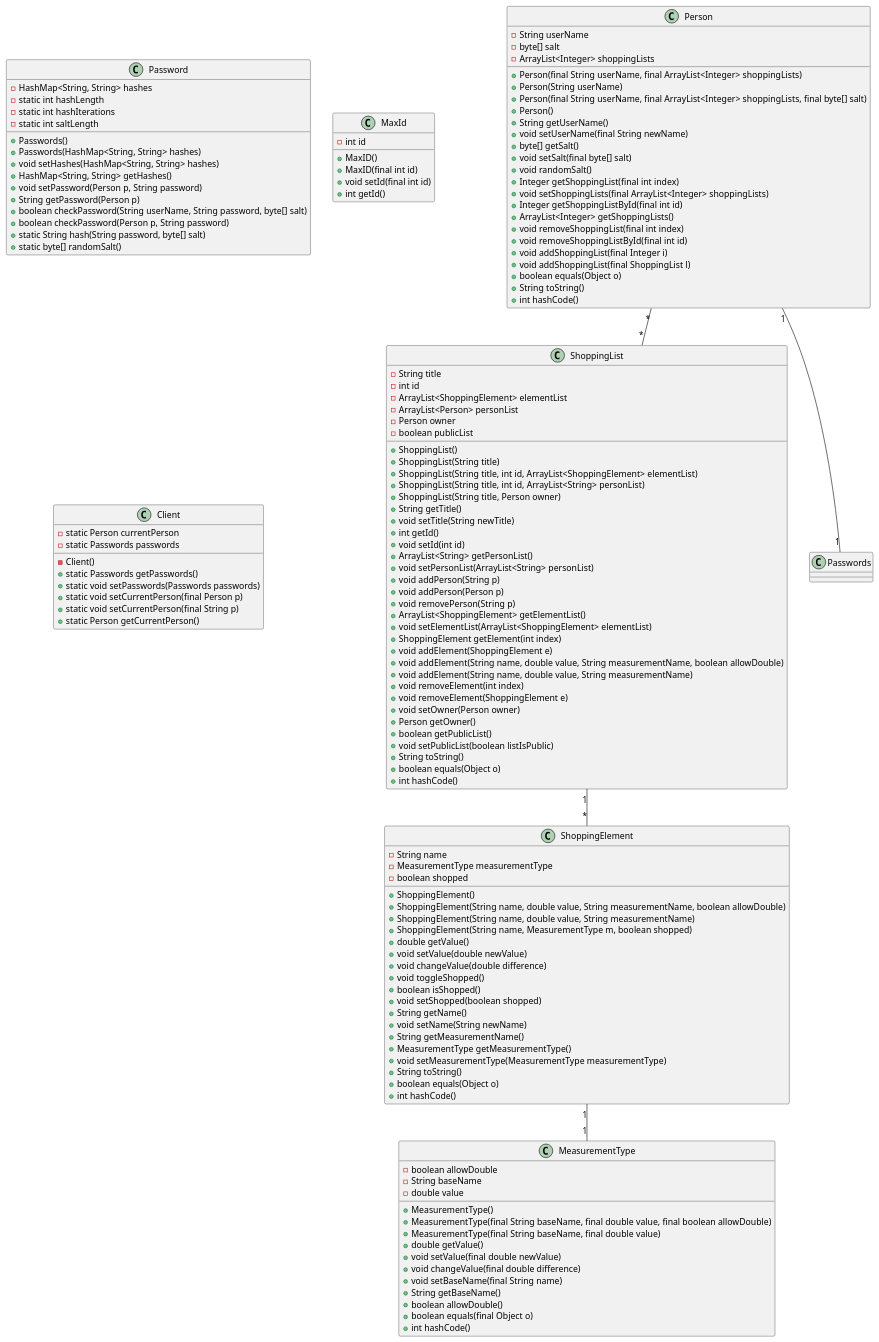
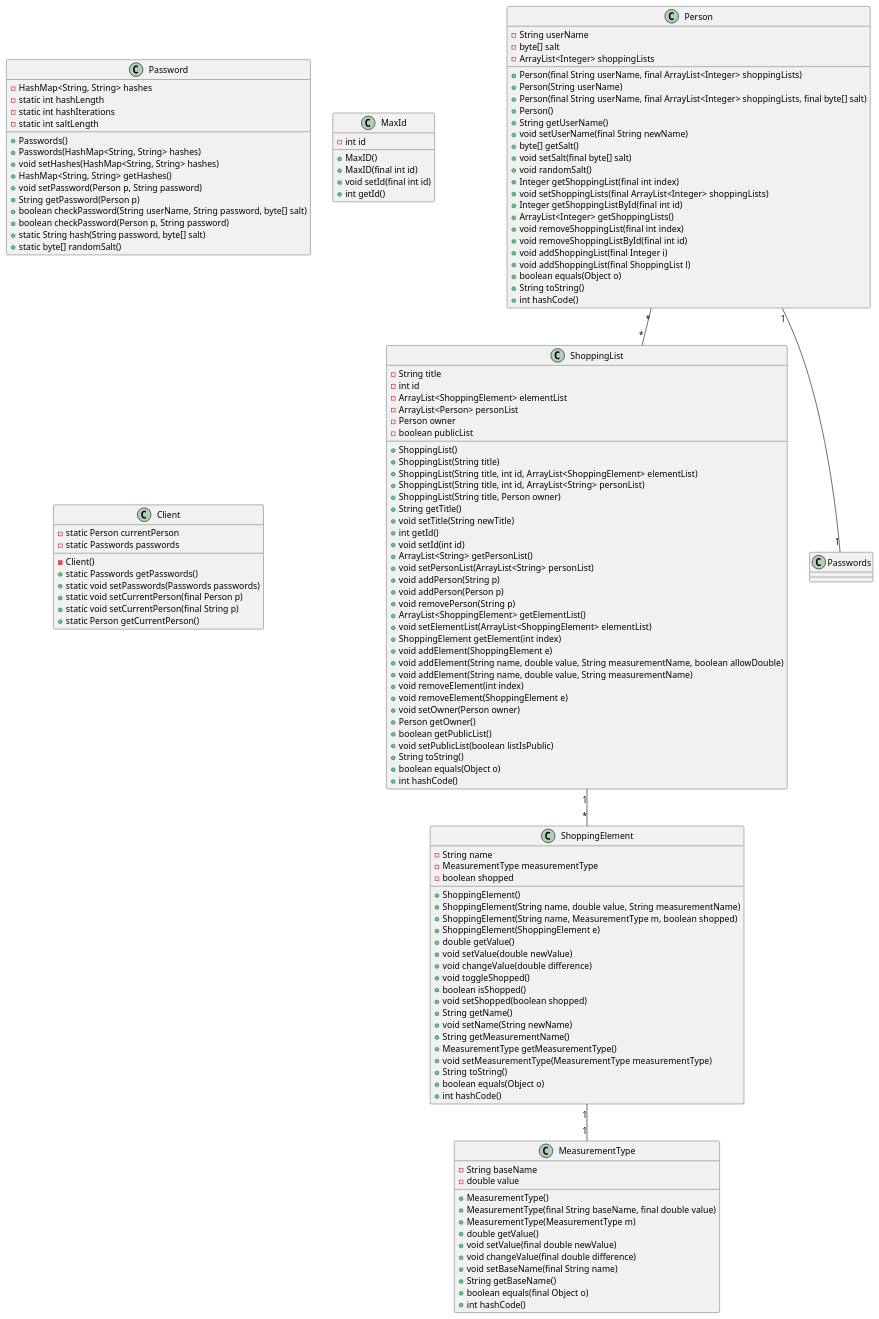
The diagram in shoppinglist/core/src/main/java/shoppinglist/core/diagram.puml (Espenbfo/shopping-list-java-project), drawn with PlantUML before and after one commit.

```diff
--- a/shoppinglist/core/src/main/java/shoppinglist/core/diagram.puml
+++ b/shoppinglist/core/src/main/java/shoppinglist/core/diagram.puml
@@ -1,159 +1,157 @@
 @startuml
 class ShoppingList {
     -String title
     -int id
     -ArrayList<ShoppingElement> elementList
     -ArrayList<Person> personList
     -Person owner
     -boolean publicList
     
     
     + ShoppingList()
     + ShoppingList(String title)
     + ShoppingList(String title, int id, ArrayList<ShoppingElement> elementList)
     + ShoppingList(String title, int id, ArrayList<String> personList)
     + ShoppingList(String title, Person owner)
     + String getTitle()
     + void setTitle(String newTitle)
     + int getId()
     + void setId(int id)
     + ArrayList<String> getPersonList()
     + void setPersonList(ArrayList<String> personList)
     + void addPerson(String p)
     + void addPerson(Person p)
     + void removePerson(String p)
     + ArrayList<ShoppingElement> getElementList()
     + void setElementList(ArrayList<ShoppingElement> elementList)
     + ShoppingElement getElement(int index)
     + void addElement(ShoppingElement e)
     + void addElement(String name, double value, String measurementName, boolean allowDouble)
     + void addElement(String name, double value, String measurementName)
     + void removeElement(int index)
     + void removeElement(ShoppingElement e)
     + void setOwner(Person owner)
     + Person getOwner()
     + boolean getPublicList()
     + void setPublicList(boolean listIsPublic)
     + String toString()
     + boolean equals(Object o)
     + int hashCode()
 }
 
 class ShoppingElement {
     - String name
     - MeasurementType measurementType
     - boolean shopped
     
     + ShoppingElement()
-    + ShoppingElement(String name, double value, String measurementName, boolean allowDouble)
     + ShoppingElement(String name, double value, String measurementName)
     + ShoppingElement(String name, MeasurementType m, boolean shopped)
+    + ShoppingElement(ShoppingElement e)
     + double getValue()
     + void setValue(double newValue)
     + void changeValue(double difference)
     + void toggleShopped()
     + boolean isShopped()
     + void setShopped(boolean shopped)
     + String getName()
     + void setName(String newName)
     + String getMeasurementName()
     + MeasurementType getMeasurementType()
     + void setMeasurementType(MeasurementType measurementType)
     + String toString()
     + boolean equals(Object o)
     + int hashCode()
     
 }
 
 class Person {
     - String userName
     - byte[] salt
     - ArrayList<Integer> shoppingLists
     
     + Person(final String userName, final ArrayList<Integer> shoppingLists)
     + Person(String userName)
     + Person(final String userName, final ArrayList<Integer> shoppingLists, final byte[] salt)
     + Person()
     + String getUserName()
     + void setUserName(final String newName)
     + byte[] getSalt()
     + void setSalt(final byte[] salt)
     + void randomSalt()
     + Integer getShoppingList(final int index)
     + void setShoppingLists(final ArrayList<Integer> shoppingLists)
     + Integer getShoppingListById(final int id)
     + ArrayList<Integer> getShoppingLists()
     + void removeShoppingList(final int index)
     + void removeShoppingListById(final int id)
     + void addShoppingList(final Integer i)
     + void addShoppingList(final ShoppingList l)
     + boolean equals(Object o)
     + String toString()
     + int hashCode()
 }
 
 class MeasurementType {
-    - boolean allowDouble
     - String baseName
     - double value
     
     + MeasurementType()
-    + MeasurementType(final String baseName, final double value, final boolean allowDouble)
     + MeasurementType(final String baseName, final double value)
+    + MeasurementType(MeasurementType m)
     + double getValue()
     + void setValue(final double newValue)
     + void changeValue(final double difference)
     + void setBaseName(final String name)
     + String getBaseName()
-    + boolean allowDouble()
     + boolean equals(final Object o)
     + int hashCode()
 }
 
 class Password {
     - HashMap<String, String> hashes 
     - static int hashLength
     - static int hashIterations
     - static int saltLength
     
     + Passwords()
     + Passwords(HashMap<String, String> hashes)
     + void setHashes(HashMap<String, String> hashes)
     + HashMap<String, String> getHashes()
     + void setPassword(Person p, String password)
     + String getPassword(Person p)
     + boolean checkPassword(String userName, String password, byte[] salt)
     + boolean checkPassword(Person p, String password)
     + static String hash(String password, byte[] salt)
     + static byte[] randomSalt()
 }
 
 class MaxId {
     - int id
     
     + MaxID()
     + MaxID(final int id)
     + void setId(final int id)
     + int getId()
 }
 
 class Client {
     - static Person currentPerson
     - static Passwords passwords
     
     - Client()
     + static Passwords getPasswords()
     + static void setPasswords(Passwords passwords)
     + static void setCurrentPerson(final Person p)
     + static void setCurrentPerson(final String p)
     + static Person getCurrentPerson()
     
 }
 
 Person "*"--"*" ShoppingList
 ShoppingList "1"--"*" ShoppingElement
 Person "1"--"1" Passwords
 ShoppingElement "1"--"1" MeasurementType
 
 
 @enduml
```
